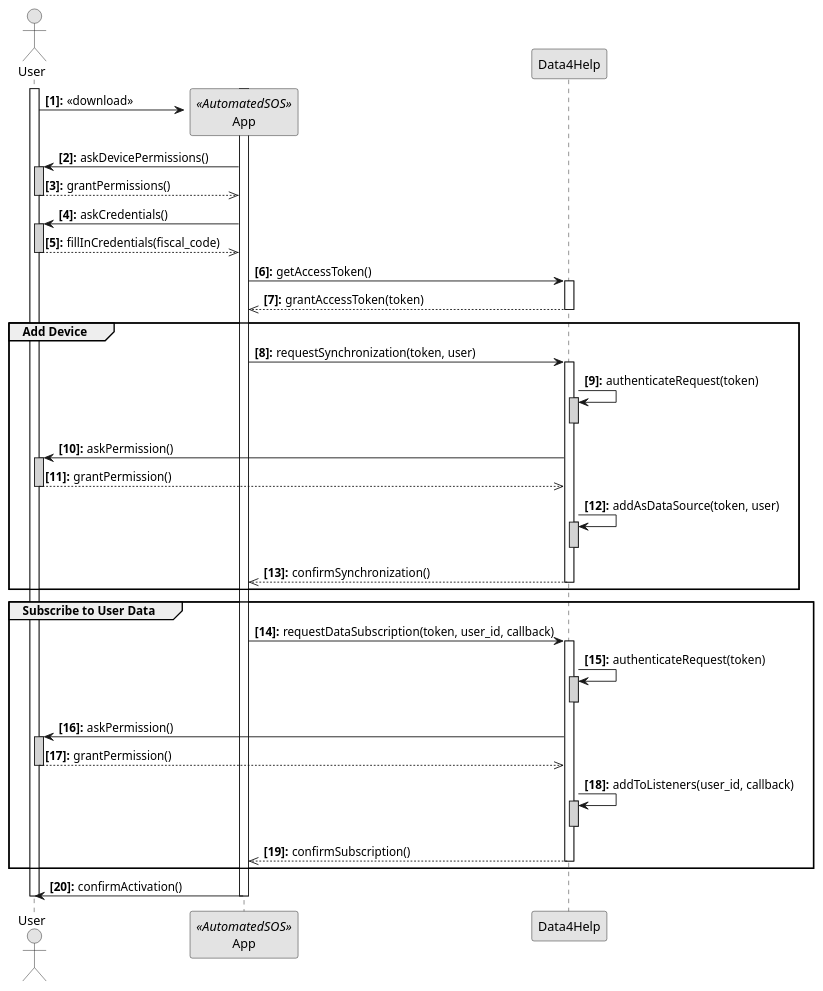
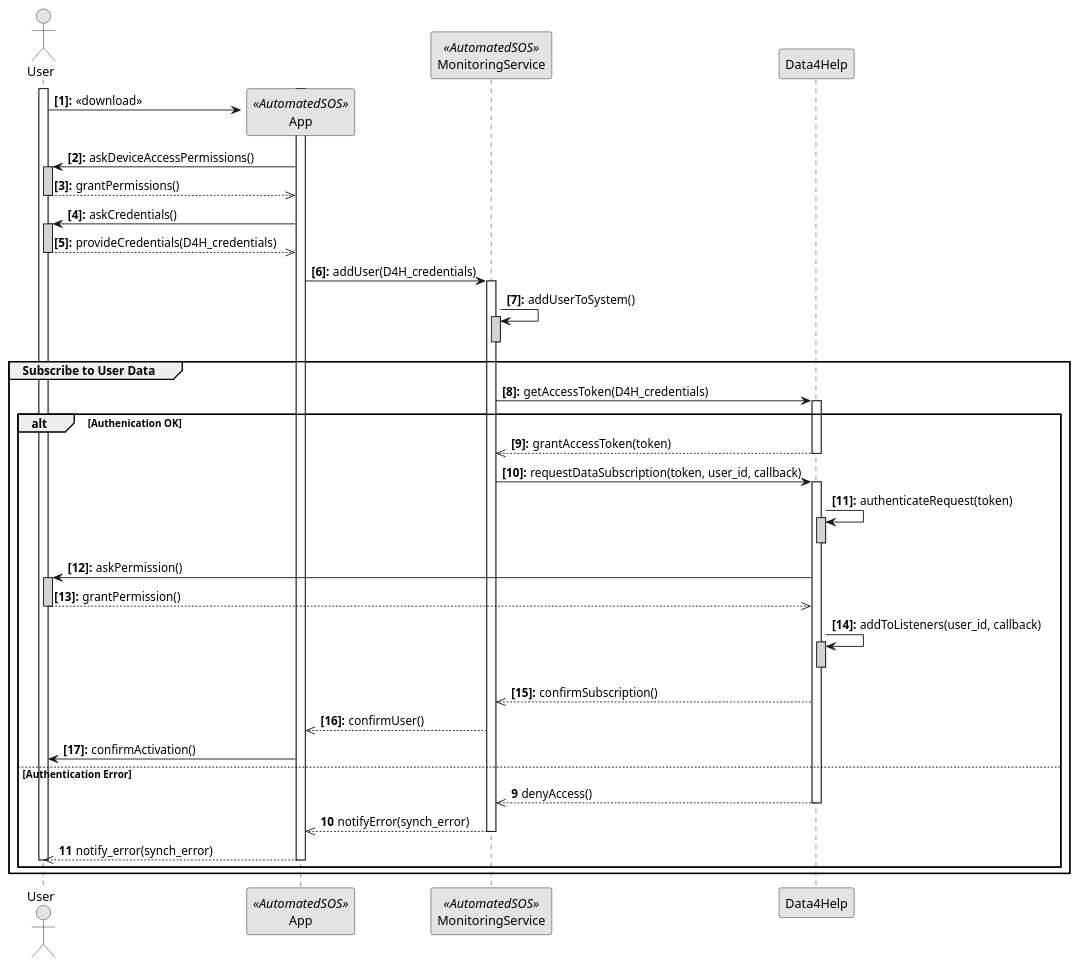
The diagram in RASD/Diagrams/Draw.io/seq_automatedSOS_registration.puml (AlviseDeFaveri/BiscontiniDeFaveriGelli), drawn with PlantUML before and after one commit. The commit also changed 8 other files, not shown here.

Commit message:
[UML] Added AutomatesSOS and Track4Run sequence diagrams

```diff
--- a/RASD/Diagrams/Draw.io/seq_automatedSOS_registration.puml
+++ b/RASD/Diagrams/Draw.io/seq_automatedSOS_registration.puml
@@ -1,71 +1,75 @@
 @startuml
 
 autonumber "<b>[0]:</b>"
 skinparam monochrome  true
 
 actor User
 participant App<<AutomatedSOS>>
+participant MonitoringService<<AutomatedSOS>>
 participant Data4Help
 activate User
 
 create App
 activate App
 User -> App : <<download>>
 
-App -> User : askDevicePermissions()
+App -> User : askDeviceAccessPermissions()
 activate User #lightgrey
 User -->> App : grantPermissions()
 deactivate User
 
 App -> User : askCredentials()
 activate User #lightgrey
-User -->> App : fillInCredentials(fiscal_code)
+User -->> App : provideCredentials(D4H_credentials)
 deactivate User 
 
-App -> Data4Help : getAccessToken()
-activate Data4Help
-Data4Help -->> App : grantAccessToken(token)
-deactivate Data4Help
 
-group Add Device
+App -> MonitoringService : addUser(D4H_credentials)
+activate MonitoringService
+MonitoringService -> MonitoringService: addUserToSystem()
+activate MonitoringService  #lightgrey
+deactivate MonitoringService
 
-	App -> Data4Help : requestSynchronization(token, user)
+
+group Subscribe to User Data 
+	MonitoringService -> Data4Help : getAccessToken(D4H_credentials)
 	activate Data4Help
-	Data4Help -> Data4Help : authenticateRequest(token)
-	activate Data4Help #lightgrey
-	deactivate Data4Help 
-	Data4Help -> User : askPermission()
-	activate User #lightgrey
-	User -->> Data4Help : grantPermission()
-	deactivate User
-	Data4Help -> Data4Help : addAsDataSource(token, user)
-	activate Data4Help  #lightgrey
+	
+alt Authenication OK	
+	Data4Help -->> MonitoringService : grantAccessToken(token)
 	deactivate Data4Help
-	Data4Help -->> App : confirmSynchronization()
-	deactivate Data4Help
-end
-
-group Subscribe to User Data
-	
-	App -> Data4Help : requestDataSubscription(token, user_id, callback)
+	MonitoringService -> Data4Help : requestDataSubscription(token, user_id, callback)
 	activate Data4Help
 	Data4Help -> Data4Help : authenticateRequest(token)
 	activate Data4Help #lightgrey
 	deactivate Data4Help 
 	Data4Help -> User : askPermission()
 	activate User #lightgrey
 	User -->> Data4Help : grantPermission()
 	deactivate User
 	Data4Help -> Data4Help : addToListeners(user_id, callback)
 	activate Data4Help #lightgrey 
 	deactivate Data4Help
-	Data4Help -->> App : confirmSubscription()
+	Data4Help -->> MonitoringService : confirmSubscription()
+	
+	MonitoringService -->> App : confirmUser()
+	
+	App -> User : confirmActivation()
+	
+else Authentication Error
+	autonumber 9
+	Data4Help -->> MonitoringService : denyAccess()
 	deactivate Data4Help
+
+	MonitoringService -->> App : notifyError(synch_error)
+	deactivate MonitoringService
+	
+	App -->> User : notify_error(synch_error)
+	deactivate App
+	deactivate User
 end
-
-App -> User : confirmActivation()
-deactivate App
+end
 
 deactivate App
 deactivate User
 @enduml
```
